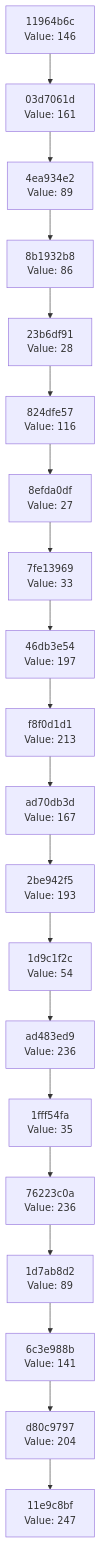
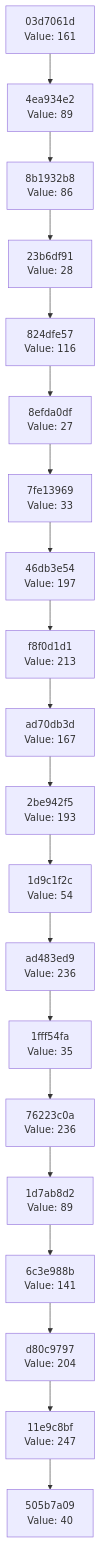
Before and after one commit to Abhisheksinha1506/hash-chain-evolver: the diagram in docs/CHAIN_VISUALIZATION.md, drawn with Mermaid. The commit also changed 3 other files, not shown here.

````diff
--- a/docs/CHAIN_VISUALIZATION.md
+++ b/docs/CHAIN_VISUALIZATION.md
@@ -3,42 +3,42 @@
 ```mermaid
 graph TD
-    C0["11e9c8bf<br/>Value: 247"]
-    C1["d80c9797<br/>Value: 204"]
+    C0["505b7a09<br/>Value: 40"]
+    C1["11e9c8bf<br/>Value: 247"]
     C1 --> C0
-    C2["6c3e988b<br/>Value: 141"]
+    C2["d80c9797<br/>Value: 204"]
     C2 --> C1
-    C3["1d7ab8d2<br/>Value: 89"]
+    C3["6c3e988b<br/>Value: 141"]
     C3 --> C2
-    C4["76223c0a<br/>Value: 236"]
+    C4["1d7ab8d2<br/>Value: 89"]
     C4 --> C3
-    C5["1fff54fa<br/>Value: 35"]
+    C5["76223c0a<br/>Value: 236"]
     C5 --> C4
-    C6["ad483ed9<br/>Value: 236"]
+    C6["1fff54fa<br/>Value: 35"]
     C6 --> C5
-    C7["1d9c1f2c<br/>Value: 54"]
+    C7["ad483ed9<br/>Value: 236"]
     C7 --> C6
-    C8["2be942f5<br/>Value: 193"]
+    C8["1d9c1f2c<br/>Value: 54"]
     C8 --> C7
-    C9["ad70db3d<br/>Value: 167"]
+    C9["2be942f5<br/>Value: 193"]
     C9 --> C8
-    C10["f8f0d1d1<br/>Value: 213"]
+    C10["ad70db3d<br/>Value: 167"]
     C10 --> C9
-    C11["46db3e54<br/>Value: 197"]
+    C11["f8f0d1d1<br/>Value: 213"]
     C11 --> C10
-    C12["7fe13969<br/>Value: 33"]
+    C12["46db3e54<br/>Value: 197"]
     C12 --> C11
-    C13["8efda0df<br/>Value: 27"]
+    C13["7fe13969<br/>Value: 33"]
     C13 --> C12
-    C14["824dfe57<br/>Value: 116"]
+    C14["8efda0df<br/>Value: 27"]
     C14 --> C13
-    C15["23b6df91<br/>Value: 28"]
+    C15["824dfe57<br/>Value: 116"]
     C15 --> C14
-    C16["8b1932b8<br/>Value: 86"]
+    C16["23b6df91<br/>Value: 28"]
     C16 --> C15
-    C17["4ea934e2<br/>Value: 89"]
+    C17["8b1932b8<br/>Value: 86"]
     C17 --> C16
-    C18["03d7061d<br/>Value: 161"]
+    C18["4ea934e2<br/>Value: 89"]
     C18 --> C17
-    C19["11964b6c<br/>Value: 146"]
+    C19["03d7061d<br/>Value: 161"]
     C19 --> C18
 ```
````
